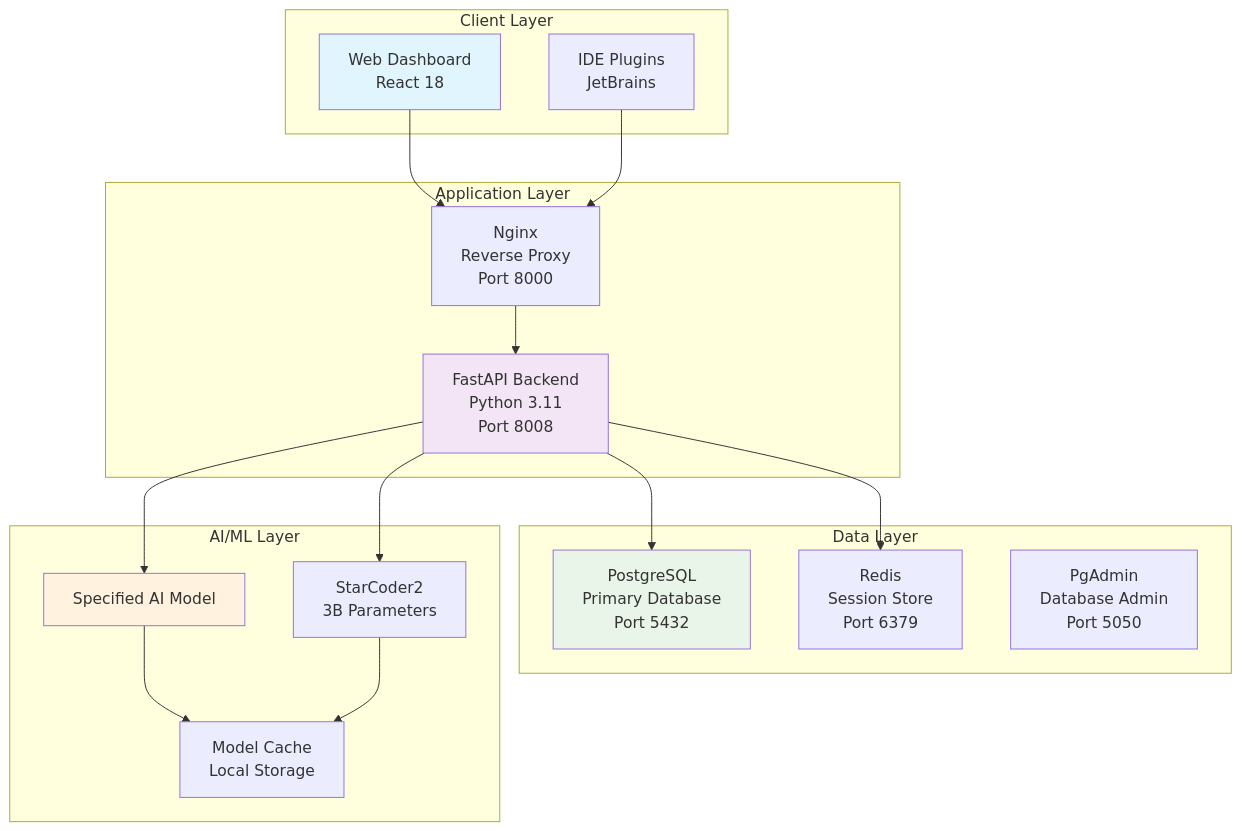
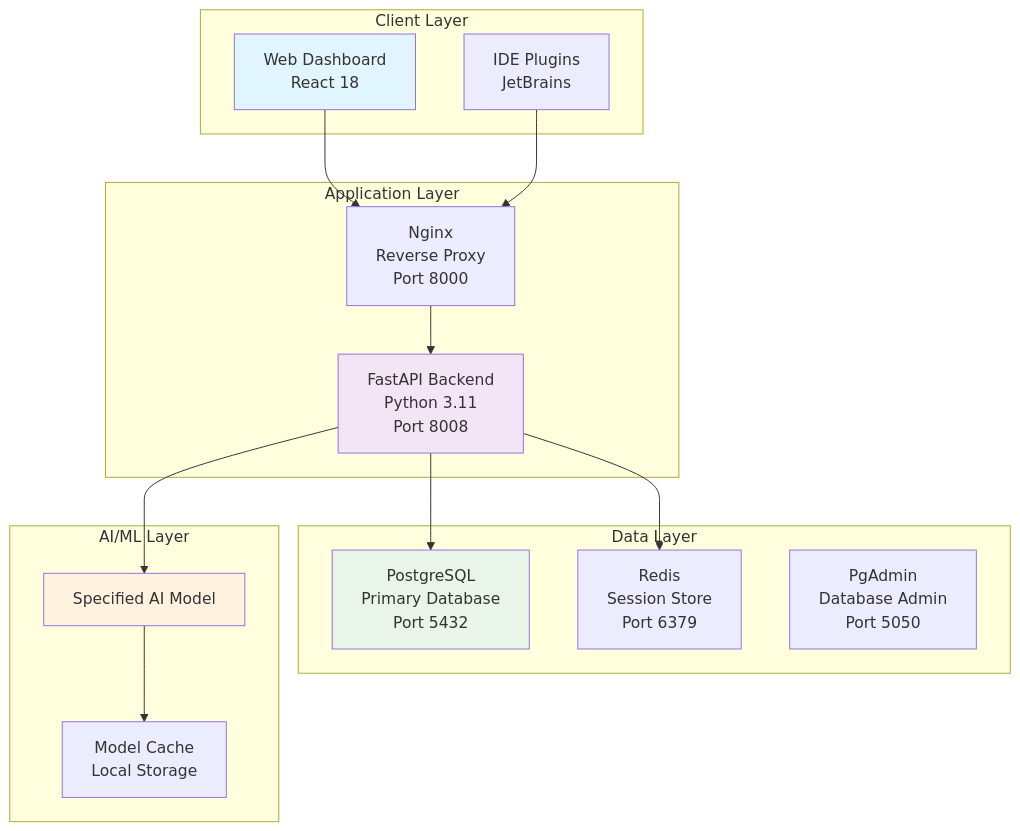
One commit to AISE-TUDelft/code4me2-server changed the first of 7 diagrams in README.md. Above: the diagram before and after it, drawn with Mermaid. The commit also changed other lines of this file, not shown here.

````diff
--- a/README.md
+++ b/README.md
@@ -41,39 +41,37 @@
 ```mermaid
 graph TB
     subgraph "Client Layer"
         A[Web Dashboard<br/>React 18]
         B[IDE Plugins<br/>JetBrains]
     end
     
     subgraph "Application Layer"
         C[Nginx<br/>Reverse Proxy<br/>Port 8000]
         D[FastAPI Backend<br/>Python 3.11<br/>Port 8008]
     end
     
     subgraph "Data Layer"
         E[PostgreSQL<br/>Primary Database<br/>Port 5432]
         F[Redis<br/>Session Store<br/>Port 6379]
         G[PgAdmin<br/>Database Admin<br/>Port 5050]
     end
     
     subgraph "AI/ML Layer"
         H[Specified AI Model]
-        I[StarCoder2<br/>3B Parameters]
-        J[Model Cache<br/>Local Storage]
+        I[Model Cache<br/>Local Storage]
     end
     
     A --> C
     B --> C
     C --> D
     D --> E
     D --> F
     D --> H
-    D --> I
-    H --> J
-    I --> J
+    H --> I
+    
     
     style A fill:#e1f5fe
     style D fill:#f3e5f5
     style E fill:#e8f5e8
     style H fill:#fff3e0
 ```
````
